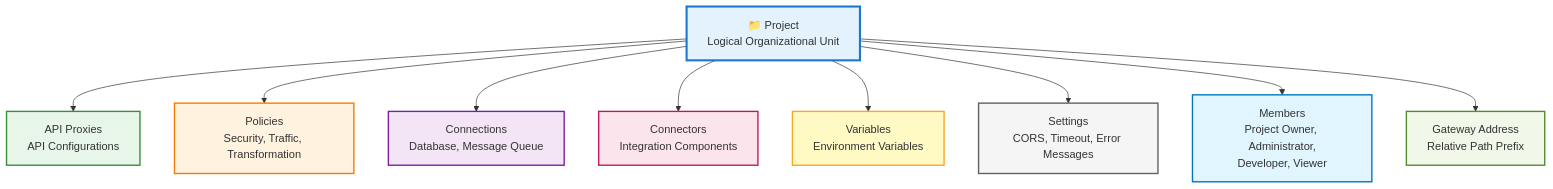
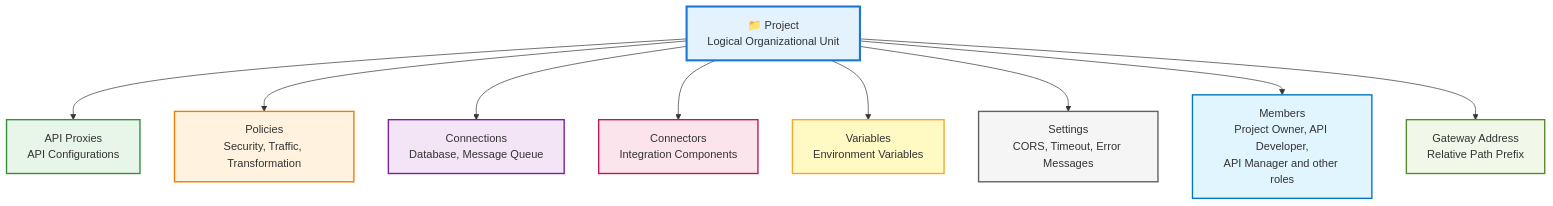
The first of 2 diagrams in en/concepts/core-concepts/what-is-project.mdx (apinizer/docs), drawn with Mermaid before and after one commit. The commit also changed other lines of this file and 134 other files, not shown here.

````diff
--- a/en/concepts/core-concepts/what-is-project.mdx
+++ b/en/concepts/core-concepts/what-is-project.mdx
@@ -30,23 +30,23 @@
 ```mermaid
 flowchart TD
     Project[📁 Project<br/>Logical Organizational Unit]
     
     Project --> APIProxies[API Proxies<br/>API Configurations]
     Project --> Policies[Policies<br/>Security, Traffic, Transformation]
     Project --> Connections[Connections<br/>Database, Message Queue]
     Project --> Connectors[Connectors<br/>Integration Components]
     Project --> Variables[Variables<br/>Environment Variables]
     Project --> Settings[Settings<br/>CORS, Timeout, Error Messages]
-    Project --> Members[Members<br/>Project Owner, Administrator,<br/>Developer, Viewer]
+    Project --> Members[Members<br/>Project Owner, API Developer,<br/>API Manager and other roles]
     Project --> GatewayPath[Gateway Address<br/>Relative Path Prefix]
     
     style Project fill:#e3f2fd,stroke:#1976d2,stroke-width:3px
     style APIProxies fill:#e8f5e9,stroke:#388e3c,stroke-width:2px
     style Policies fill:#fff3e0,stroke:#f57c00,stroke-width:2px
     style Connections fill:#f3e5f5,stroke:#7b1fa2,stroke-width:2px
     style Connectors fill:#fce4ec,stroke:#c2185b,stroke-width:2px
     style Variables fill:#fff9c4,stroke:#f9a825,stroke-width:2px
     style Settings fill:#f5f5f5,stroke:#616161,stroke-width:2px
     style Members fill:#e1f5ff,stroke:#0277bd,stroke-width:2px
     style GatewayPath fill:#f1f8e9,stroke:#558b2f,stroke-width:2px
 ```
````
